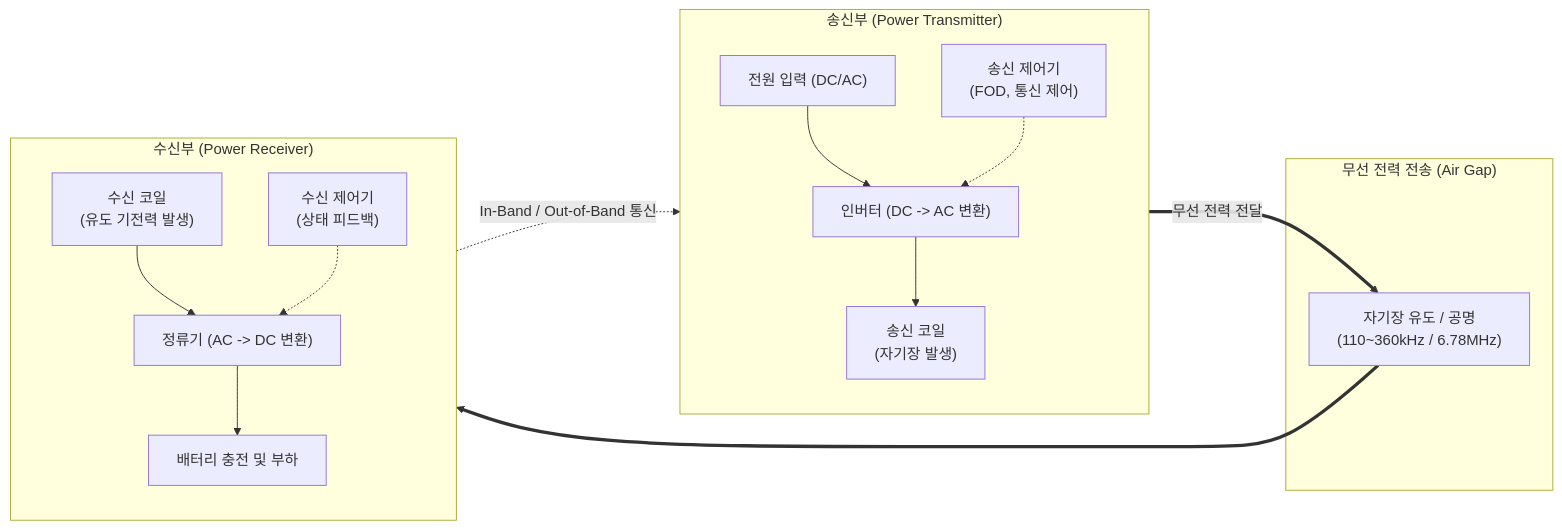
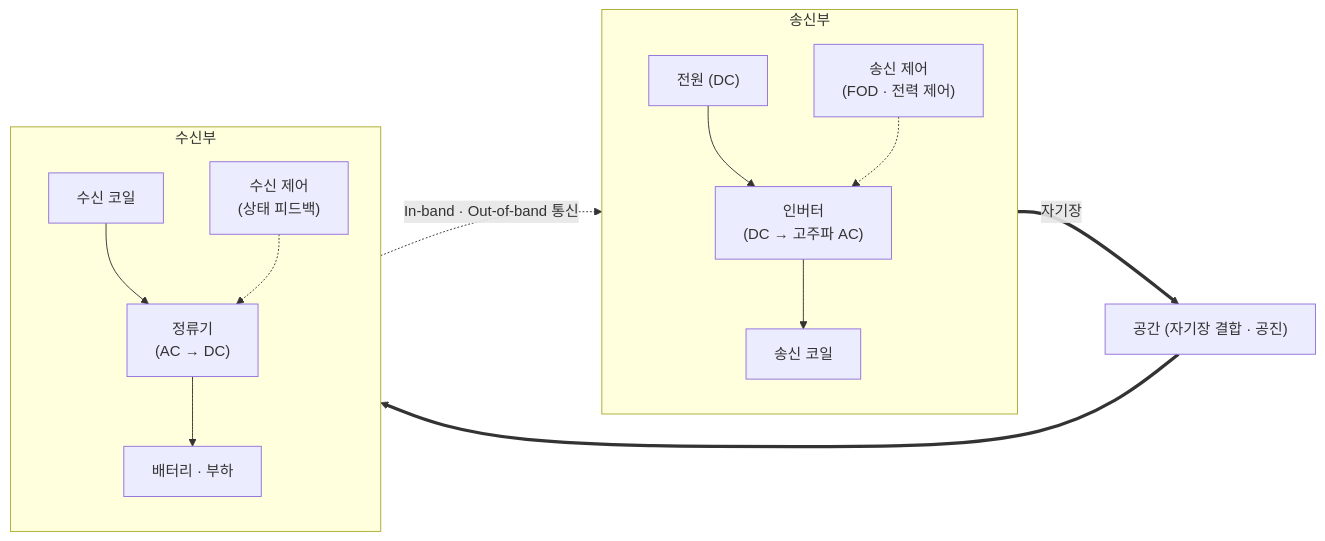
The diagram in content/01_IT Tech/무선 충전 기술.md (supremethumb/supremethumb.github.io), drawn with Mermaid before and after one commit. The commit also changed other lines of this file and 1087 other files, not shown here.

````diff
--- a/content/01_IT Tech/무선 충전 기술.md
+++ b/content/01_IT Tech/무선 충전 기술.md
@@ -33,25 +36,16 @@
 ```mermaid
 flowchart LR
-    subgraph Transmitter["송신부 (Power Transmitter)"]
+    subgraph TX["송신부"]
         direction TB
-        PowerIn["전원 입력 (DC/AC)"] --> Inverter["인버터 (DC -> AC 변환)"]
-        Inverter --> TxCoil["송신 코일<br/>(자기장 발생)"]
-        TxCtrl["송신 제어기<br/>(FOD, 통신 제어)"] -.-> Inverter
+        P["전원 (DC)"] --> INV["인버터<br/>(DC → 고주파 AC)"] --> TC["송신 코일"]
+        TCT["송신 제어<br/>(FOD · 전력 제어)"] -.-> INV
     end
-
-    subgraph Air["무선 전력 전송 (Air Gap)"]
-        Magnetic["자기장 유도 / 공명<br/>(110~360kHz / 6.78MHz)"]
+    AIR["공간 (자기장 결합 · 공진)"]
+    subgraph RX["수신부"]
+        direction TB
+        RC["수신 코일"] --> REC["정류기<br/>(AC → DC)"] --> BAT["배터리 · 부하"]
+        RCT["수신 제어<br/>(상태 피드백)"] -.-> REC
     end
-
-    subgraph Receiver["수신부 (Power Receiver)"]
-        direction TB
-        RxCoil["수신 코일<br/>(유도 기전력 발생)"] --> Rectifier["정류기 (AC -> DC 변환)"]
-        Rectifier --> Battery["배터리 충전 및 부하"]
-        RxCtrl["수신 제어기<br/>(상태 피드백)"] -.-> Rectifier
-    end
-
-    TxCoil ==>|무선 전력 전달| Magnetic
-    Magnetic ==> RxCoil
-    RxCtrl -.->|In-Band / Out-of-Band 통신| TxCtrl
-
+    TC == "자기장" ==> AIR ==> RC
+    RCT -. "In-band · Out-of-band 통신" .-> TCT
 ```
````
